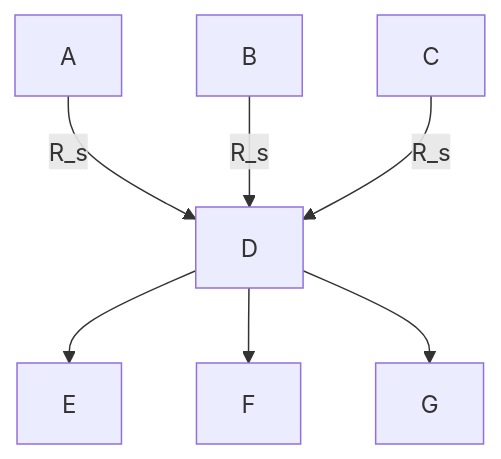
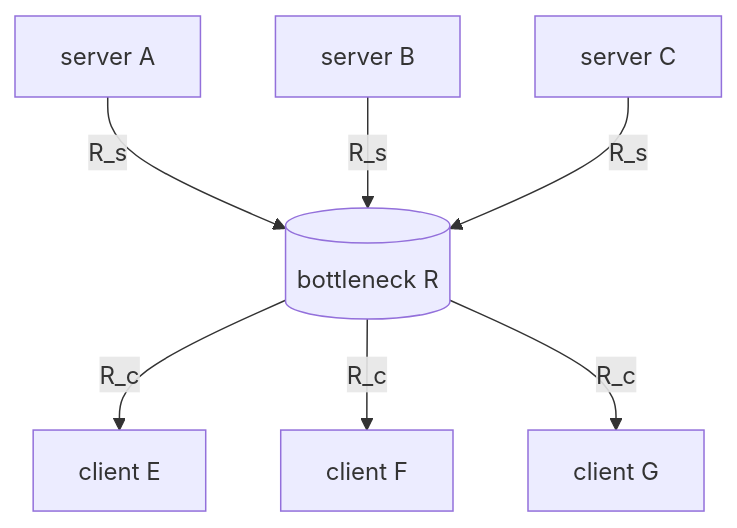
The third of 3 diagrams in Inbox/📶Delay, loss, throughput in networks.md (901228/Obsidian), drawn with Mermaid before and after one commit. The commit also changed other lines of this file and 3 other files, not shown here.

````diff
--- a/Inbox/📶Delay, loss, throughput in networks.md
+++ b/Inbox/📶Delay, loss, throughput in networks.md
@@ -98,9 +98,9 @@
 ```mermaid
 graph TD;
-	A--R_s-->D;
-	B--R_s-->D;
-	C--R_s-->D;
-	D-->E;
-	D-->F;
-	D-->G;
+	A[server A]--R_s-->D[(bottleneck R)];
+	B[server B]--R_s-->D;
+	C[server C]--R_s-->D;
+	D--R_c-->E[client E];
+	D--R_c-->F[client F];
+	D--R_c-->G[client G];
 ```
````
